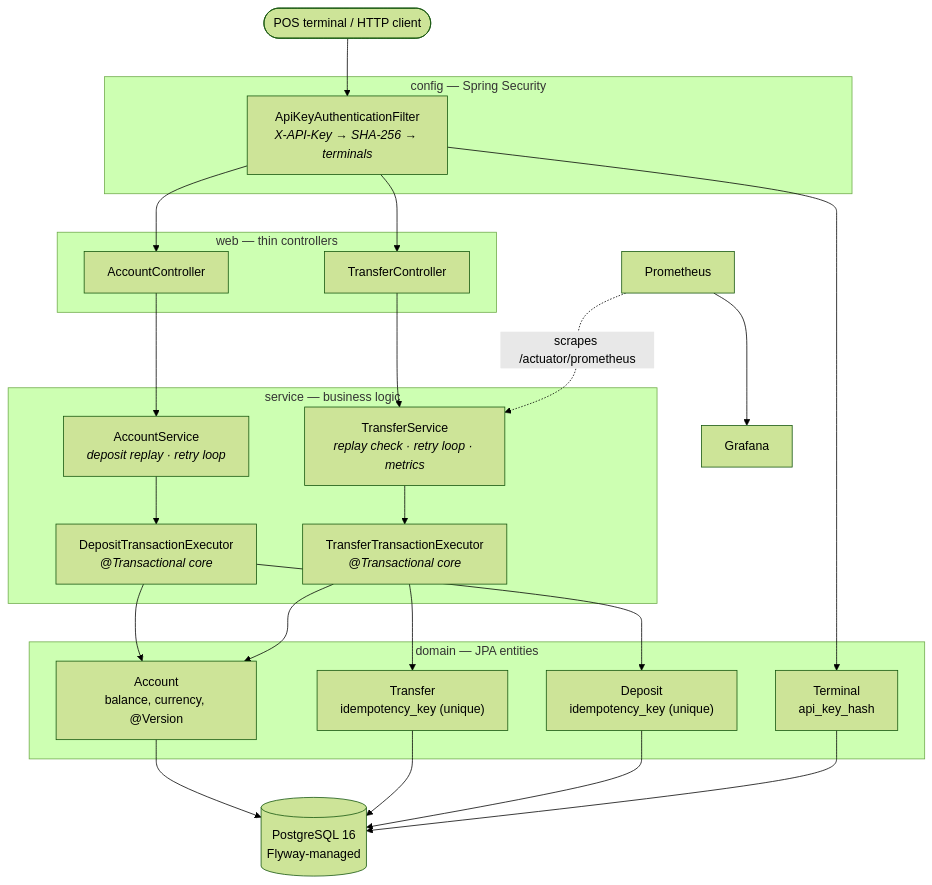
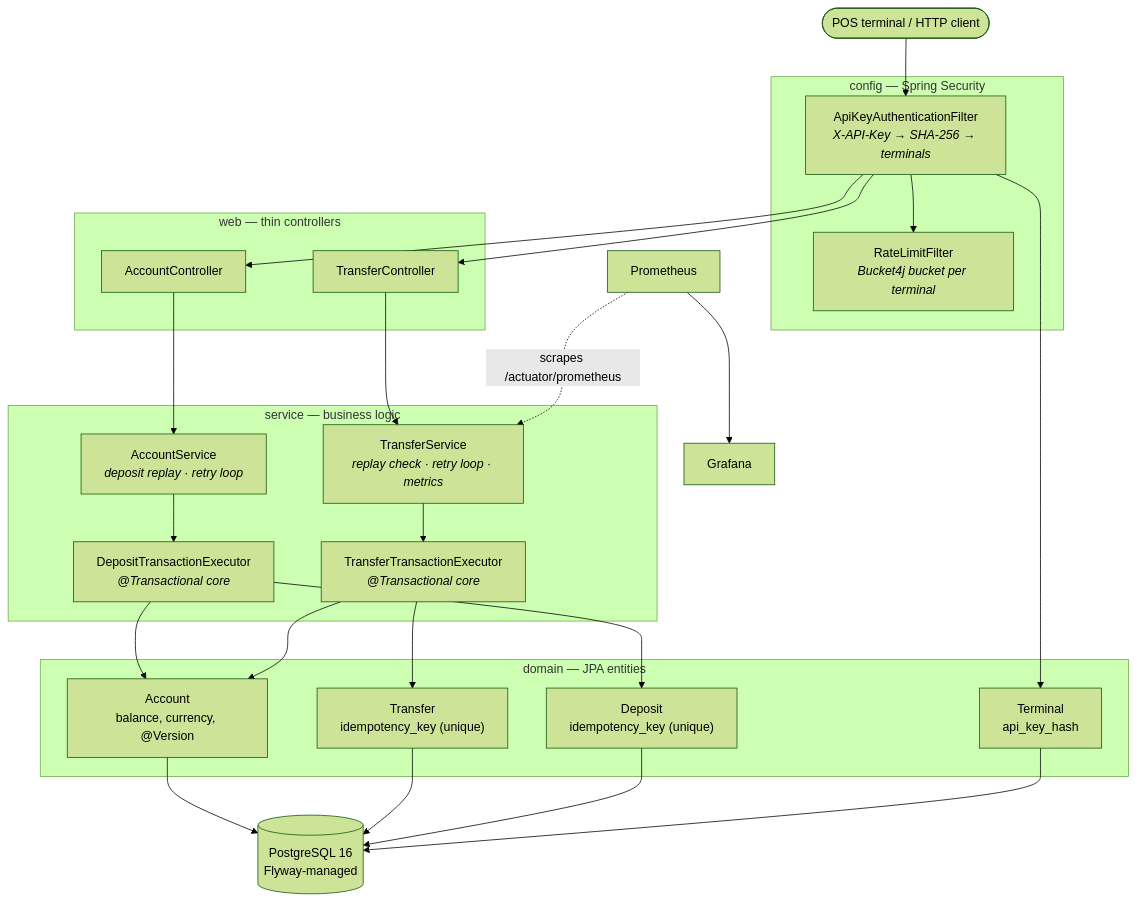
The second of 3 diagrams in README.md (viache25/transfer-api), drawn with Mermaid (forest theme) before and after one commit. The commit also changed other lines of this file and 7 other files, not shown here.

First line of the commit message:
feat: rate limit requests per terminal with Bucket4j (#23)

````diff
--- a/README.md
+++ b/README.md
@@ -109,37 +109,39 @@
 ```mermaid
 flowchart TB
     Client([POS terminal / HTTP client])
 
     subgraph security ["config — Spring Security"]
         F["ApiKeyAuthenticationFilter<br/><i>X-API-Key → SHA-256 → terminals</i>"]
+        RL["RateLimitFilter<br/><i>Bucket4j bucket per terminal</i>"]
+        F --> RL
     end
 
     subgraph web ["web — thin controllers"]
         AC[AccountController]
         TC[TransferController]
     end
 
     subgraph service ["service — business logic"]
         AS["AccountService<br/><i>deposit replay · retry loop</i>"]
         DX["DepositTransactionExecutor<br/><i>@Transactional core</i>"]
         TS["TransferService<br/><i>replay check · retry loop · metrics</i>"]
         TX["TransferTransactionExecutor<br/><i>@Transactional core</i>"]
     end
 
     subgraph domain ["domain — JPA entities"]
         ACC["Account<br/>balance, currency, @Version"]
         TRF["Transfer<br/>idempotency_key (unique)"]
         DEP["Deposit<br/>idempotency_key (unique)"]
         TER["Terminal<br/>api_key_hash"]
     end
 
     DB[(PostgreSQL 16<br/>Flyway-managed)]
     PROM[Prometheus] --> GRAF[Grafana]
 
     Client --> F --> AC & TC
     AC --> AS --> DX --> ACC & DEP
     TC --> TS --> TX --> ACC & TRF
     F --> TER
     ACC & TRF & DEP & TER --> DB
     PROM -. scrapes /actuator/prometheus .-> TS
 ```
````
